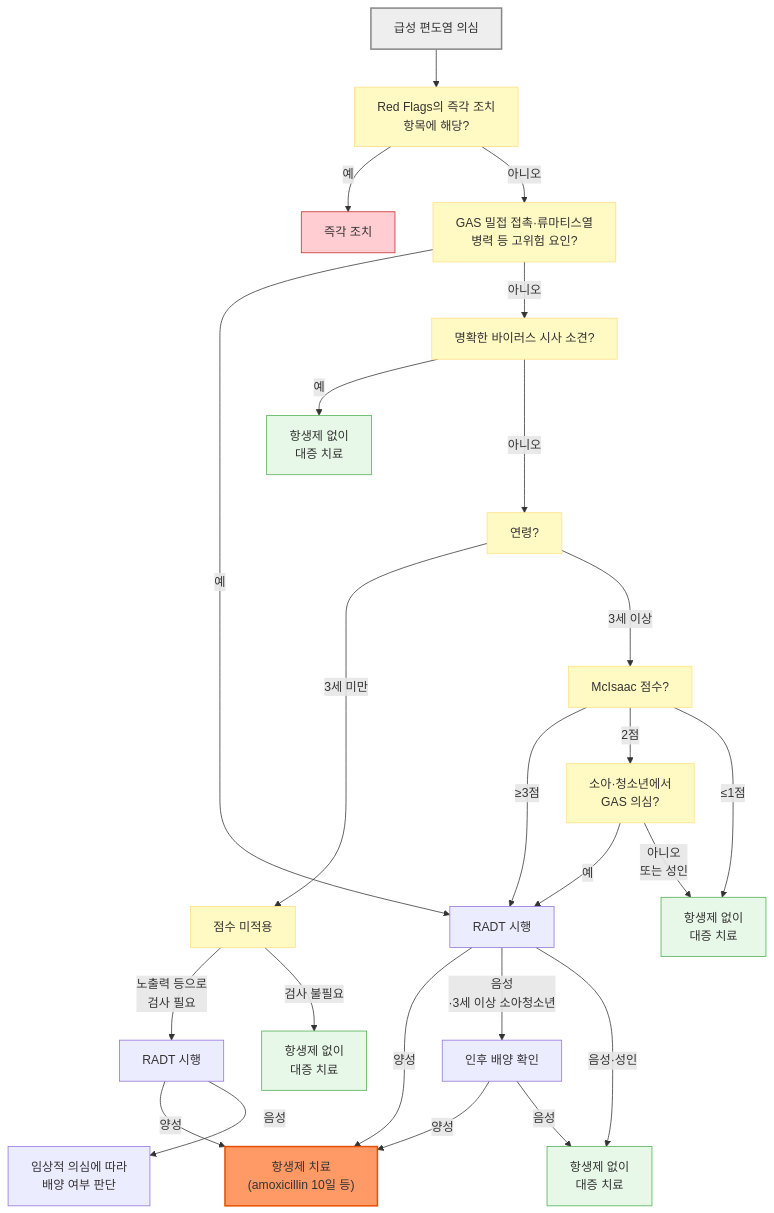
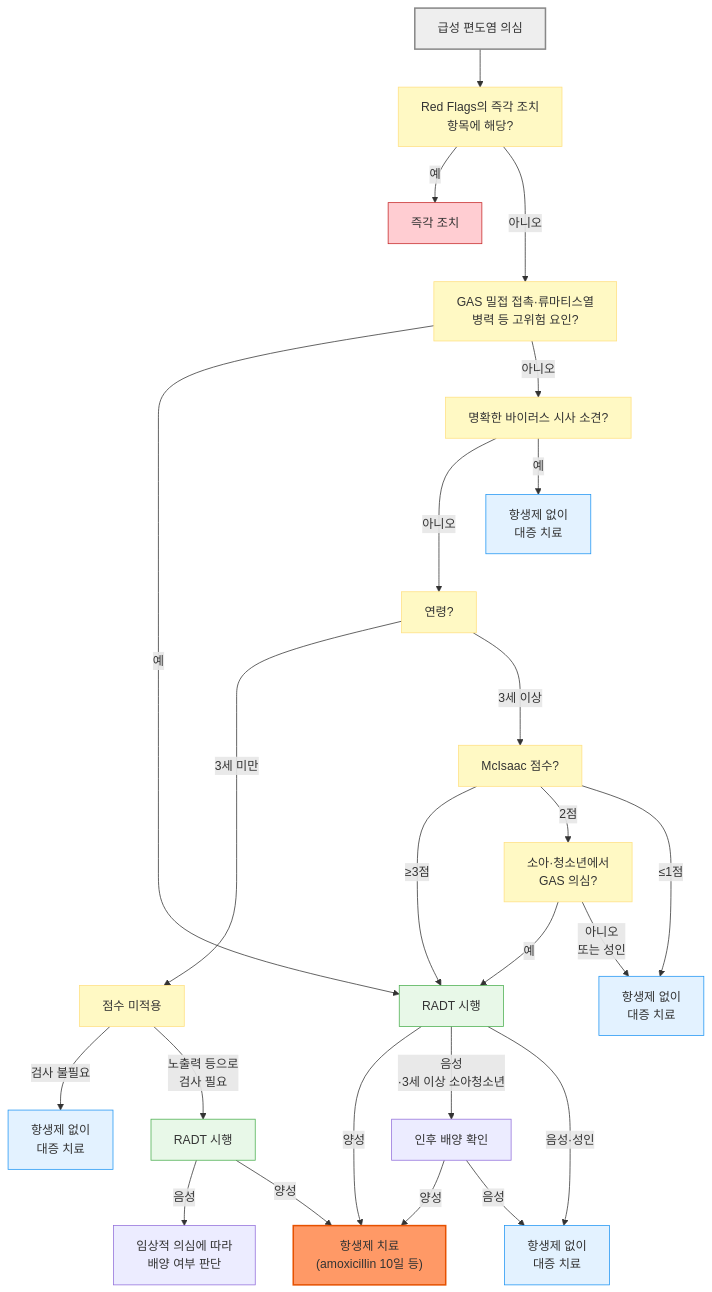
One commit to familyoh77/familyoh77 changed the diagram in 223_/064_-tonsillitis.md. Above: the diagram before and after it, drawn with Mermaid. The commit also changed other lines of this file, not shown here.

````diff
--- a/223_/064_-tonsillitis.md
+++ b/223_/064_-tonsillitis.md
@@ -150,34 +150,36 @@
 ```mermaid
 flowchart TD
     A["급성 편도염 의심"] --> B["Red Flags의 즉각 조치 <br/>항목에 해당?"]
     B -- "예" --> C["즉각 조치"]
-    B -- "아니오" --> D["GAS 밀접 접촉·류마티스열 <br/>병력 등 고위험 요인?"]
+    B -- "아니오" ---> D["GAS 밀접 접촉·류마티스열 <br/>병력 등 고위험 요인?"]
     D -- "예" --> I["RADT 시행"]
     D -- "아니오" --> E["명확한 바이러스 시사 소견?"]
+    E -- "아니오" ---> F["연령?"]
     E -- "예" --> G1["항생제 없이 <br/>대증 치료"]
-    E -- "아니오" ---> F["연령?"]
     F -- "3세 미만" --> U["점수 미적용"]
+    U -- "검사 불필요" --> G2["항생제 없이 <br/>대증 치료"]
     U -- "노출력 등으로 <br/>검사 필요" --> I0["RADT 시행"]
-    U -- "검사 불필요" --> G2["항생제 없이 <br/>대증 치료"]
+    I0 -- "음성" --> M["임상적 의심에 따라 <br/>배양 여부 판단"]
     I0 -- "양성" --> K
-    I0 -- "음성" --> M["임상적 의심에 따라 <br/>배양 여부 판단"]
     F -- "3세 이상" ---> H["McIsaac 점수?"]
     H -- "≥3점" --> I
     H -- "2점" --> T["소아·청소년에서 <br/>GAS 의심?"]
     T -- "예" --> I
     T -- "아니오 <br/>또는 성인" --> G3["항생제 없이 <br/>대증 치료"]
     H -- "≤1점" --> G3
     I -- "양성" --> K["항생제 치료 <br/>(amoxicillin 10일 등)"]
     I -- "음성<br/>·3세 이상 소아청소년" --> L["인후 배양 확인"]
     L -- "양성" --> K
     L -- "음성" --> G5["항생제 없이 <br/>대증 치료"]
     I -- "음성·성인" --> G5
-
     classDef question fill:#fff9c4,stroke:#ffe082
-    classDef sympt fill:#e8f8e8,stroke:#4caf50
     class B,D,E,F,H,T,U question
-    class G1,G2,G3,G5 sympt
+    classDef lab fill:#e8f8e8,stroke:#4caf50
+    class I0,I lab
+    classDef sky fill:#e3f2ff,stroke:#2196f3
+    class G1,G2,G3,G5 sky
     style A fill:#eeeeee,stroke:#888888,stroke-width:2px
     style C fill:#ffcdd2,stroke:#c62828
     style K fill:#f96,stroke:#e65100,stroke-width:2px
+
 ```
````
